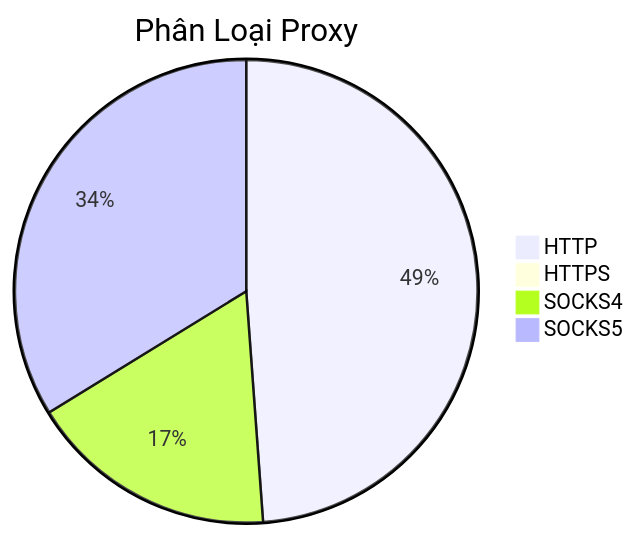
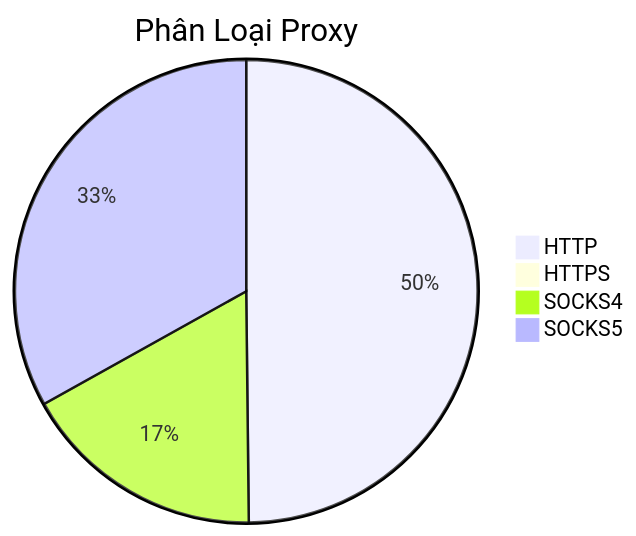
Before and after one commit to Ciara-12/PROXY-free: the diagram in README.md, drawn with Mermaid. The commit also changed other lines of this file and 3 other files, not shown here.

````diff
--- a/README.md
+++ b/README.md
@@ -26,7 +26,7 @@
 ```mermaid
 pie title Phân Loại Proxy
-    "HTTP" : 736
+    "HTTP" : 843
     "HTTPS" : 0
-    "SOCKS4" : 262
-    "SOCKS5" : 509
+    "SOCKS4" : 289
+    "SOCKS5" : 560
 ```
````
